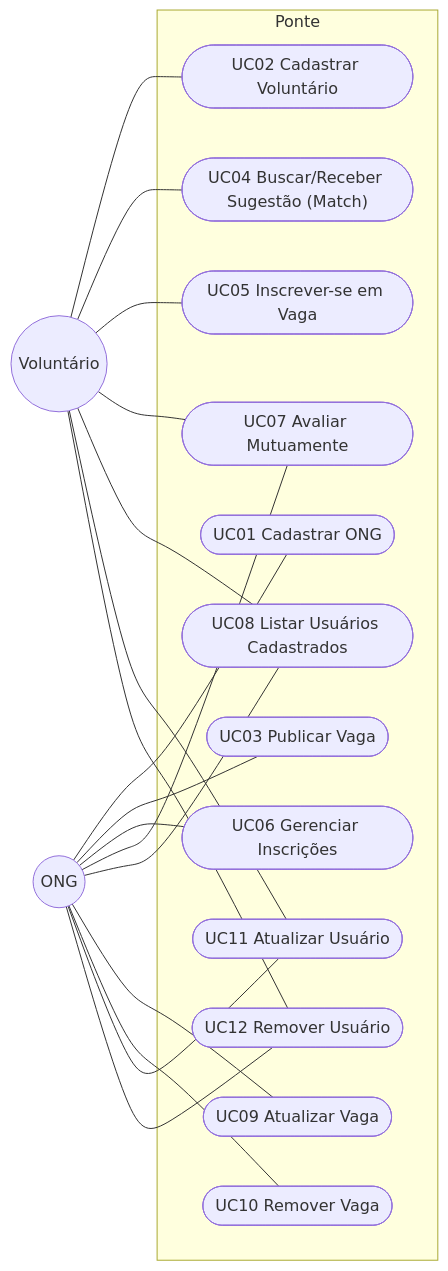
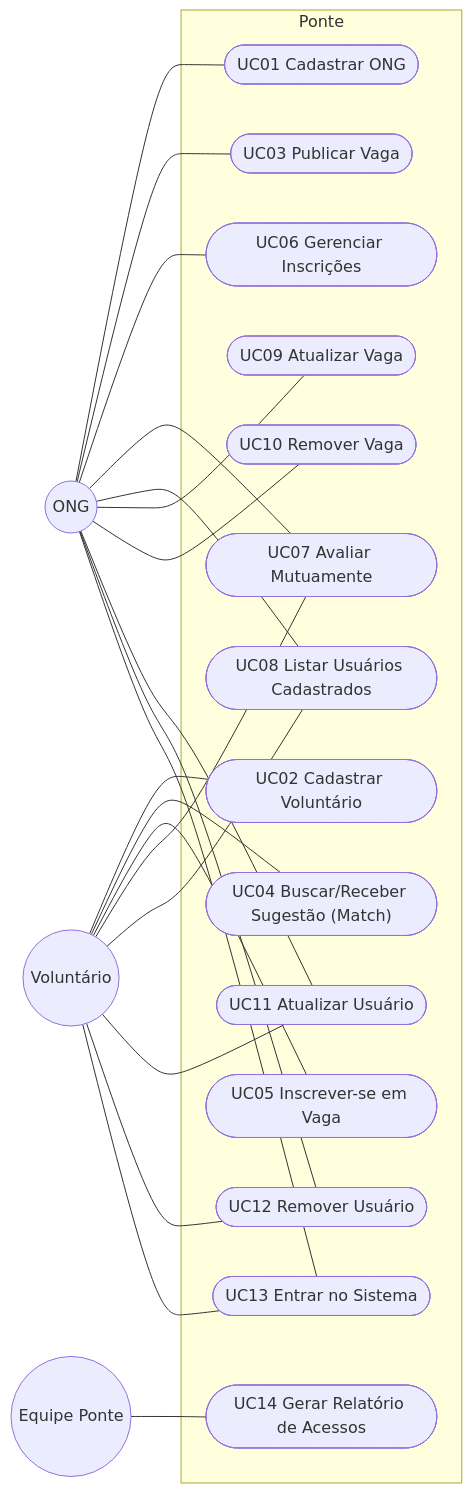
Before and after one commit to beapessoa/Ponte-mps: the diagram in docs/04-casos-de-uso/README.md, drawn with Mermaid. The commit also changed other lines of this file and 2 other files, not shown here.

Commit message:
docs(casos-de-uso): adicionar UC13 entrar e UC14 relatorio de acessos

````diff
--- a/docs/04-casos-de-uso/README.md
+++ b/docs/04-casos-de-uso/README.md
@@ -7,37 +7,43 @@
 ```mermaid
 flowchart LR
     ONG(("ONG"))
     Voluntario(("Voluntário"))
+    Equipe(("Equipe Ponte"))
 
     subgraph Ponte["Ponte"]
         UC01(["UC01 Cadastrar ONG"])
         UC02(["UC02 Cadastrar Voluntário"])
         UC03(["UC03 Publicar Vaga"])
         UC04(["UC04 Buscar/Receber Sugestão (Match)"])
         UC05(["UC05 Inscrever-se em Vaga"])
         UC06(["UC06 Gerenciar Inscrições"])
         UC07(["UC07 Avaliar Mutuamente"])
         UC08(["UC08 Listar Usuários Cadastrados"])
         UC09(["UC09 Atualizar Vaga"])
         UC10(["UC10 Remover Vaga"])
         UC11(["UC11 Atualizar Usuário"])
         UC12(["UC12 Remover Usuário"])
+        UC13(["UC13 Entrar no Sistema"])
+        UC14(["UC14 Gerar Relatório de Acessos"])
     end
 
     ONG --- UC01
     ONG --- UC03
     ONG --- UC06
     ONG --- UC07
     ONG --- UC08
     ONG --- UC09
     ONG --- UC10
     Voluntario --- UC02
     Voluntario --- UC04
     Voluntario --- UC05
     Voluntario --- UC07
     Voluntario --- UC08
     ONG --- UC11
     Voluntario --- UC11
     ONG --- UC12
     Voluntario --- UC12
+    ONG --- UC13
+    Voluntario --- UC13
+    Equipe --- UC14
 ```
````
